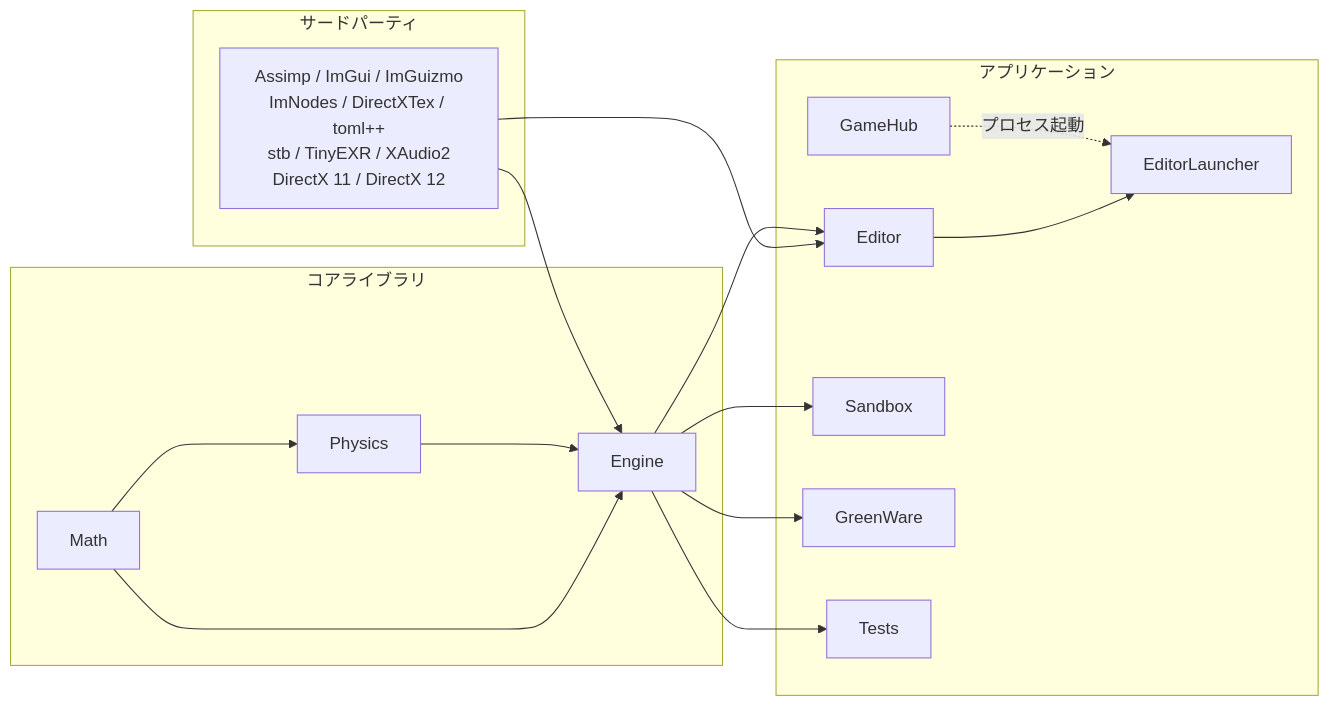
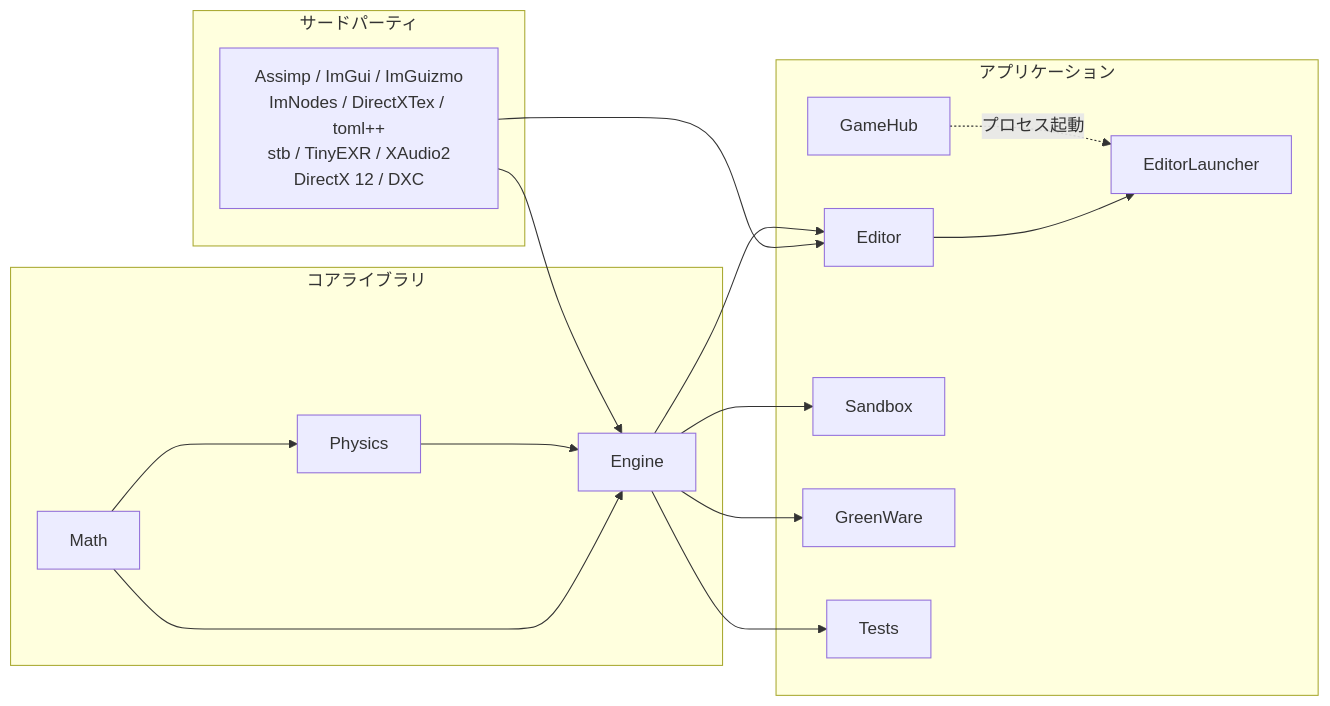
One commit to HasegawaJin/FBZZ_Engine changed the first of 3 diagrams in README.md. Above: the diagram before and after it, drawn with Mermaid. The commit also changed other lines of this file and 4 other files, not shown here.

````diff
--- a/README.md
+++ b/README.md
@@ -140,33 +140,33 @@
 ```mermaid
 graph LR
     subgraph サードパーティ
-        TP["Assimp / ImGui / ImGuizmo\nImNodes / DirectXTex / toml++\nstb / TinyEXR / XAudio2\nDirectX 11 / DirectX 12"]
+        TP["Assimp / ImGui / ImGuizmo\nImNodes / DirectXTex / toml++\nstb / TinyEXR / XAudio2\nDirectX 12 / DXC"]
     end
 
     subgraph コアライブラリ
         Math
         Physics
         Engine
     end
 
     subgraph アプリケーション
         Editor
         EditorLauncher
         GameHub
         Sandbox
         GreenWare
         Tests
     end
 
     Math --> Physics
     Math --> Engine
     Physics --> Engine
     TP --> Engine
     TP --> Editor
     Engine --> Editor
     Engine --> Sandbox
     Engine --> GreenWare
     Engine --> Tests
     Editor --> EditorLauncher
     GameHub -. プロセス起動 .-> EditorLauncher
 ```
````
